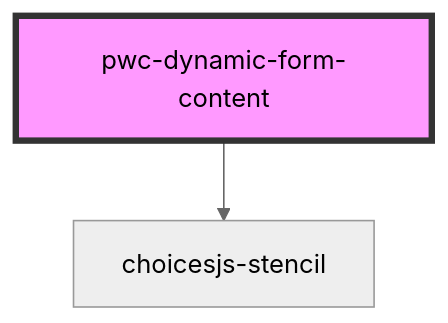
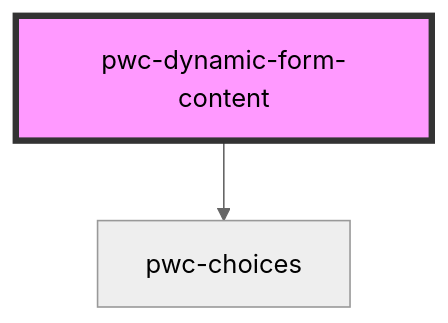
Before and after one commit to Paraboly/pwc-dynamic-form: the diagram in src/components/pwc-dynamic-form-content/readme.md, drawn with Mermaid (neutral theme). The commit also changed other lines of this file and 8 other files, not shown here.

````diff
--- a/src/components/pwc-dynamic-form-content/readme.md
+++ b/src/components/pwc-dynamic-form-content/readme.md
@@ -22,5 +22,5 @@
 ```mermaid
 graph TD;
-  pwc-dynamic-form-content --> choicesjs-stencil
+  pwc-dynamic-form-content --> pwc-choices
   style pwc-dynamic-form-content fill:#f9f,stroke:#333,stroke-width:4px
 ```
````
